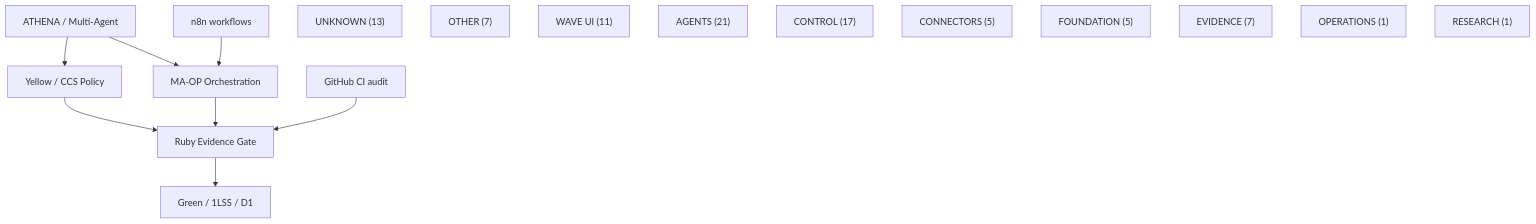
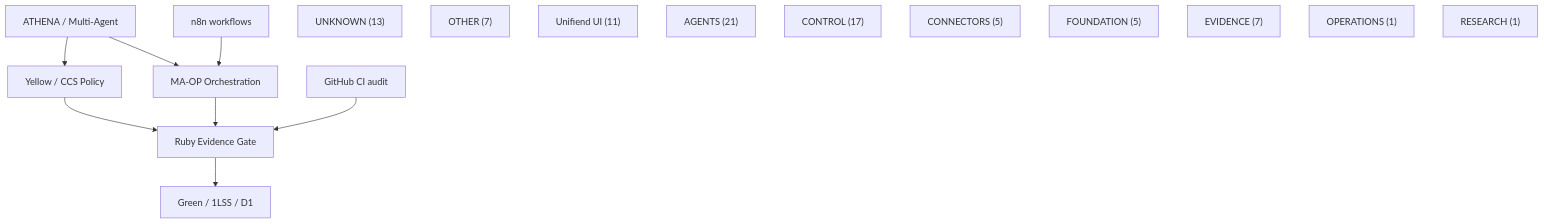
One commit to GH-ADDMINPOVIDER/Build-Platform changed the diagram in docs/OGE_01_88_VISUAL_WORKFLOW_REGISTRY.md. Above: the diagram before and after it, drawn with Mermaid. The commit also changed other lines of this file and 408 other files, not shown here.

````diff
--- a/docs/OGE_01_88_VISUAL_WORKFLOW_REGISTRY.md
+++ b/docs/OGE_01_88_VISUAL_WORKFLOW_REGISTRY.md
@@ -7,20 +7,20 @@
 ```mermaid
 flowchart TD
  A["ATHENA / Multi-Agent"] --> Y["Yellow / CCS Policy"]
  A --> M["MA-OP Orchestration"]
  Y --> R["Ruby Evidence Gate"]
  M --> R
  R --> G["Green / 1LSS / D1"]
  N["n8n workflows"] --> M
  GH["GitHub CI audit"] --> R
  K0["UNKNOWN (13)"]
  K1["OTHER (7)"]
- K2["WAVE UI (11)"]
+ K2["Unifiend UI (11)"]
  K3["AGENTS (21)"]
  K4["CONTROL (17)"]
  K5["CONNECTORS (5)"]
  K6["FOUNDATION (5)"]
  K7["EVIDENCE (7)"]
  K8["OPERATIONS (1)"]
  K9["RESEARCH (1)"]
 ```
````
